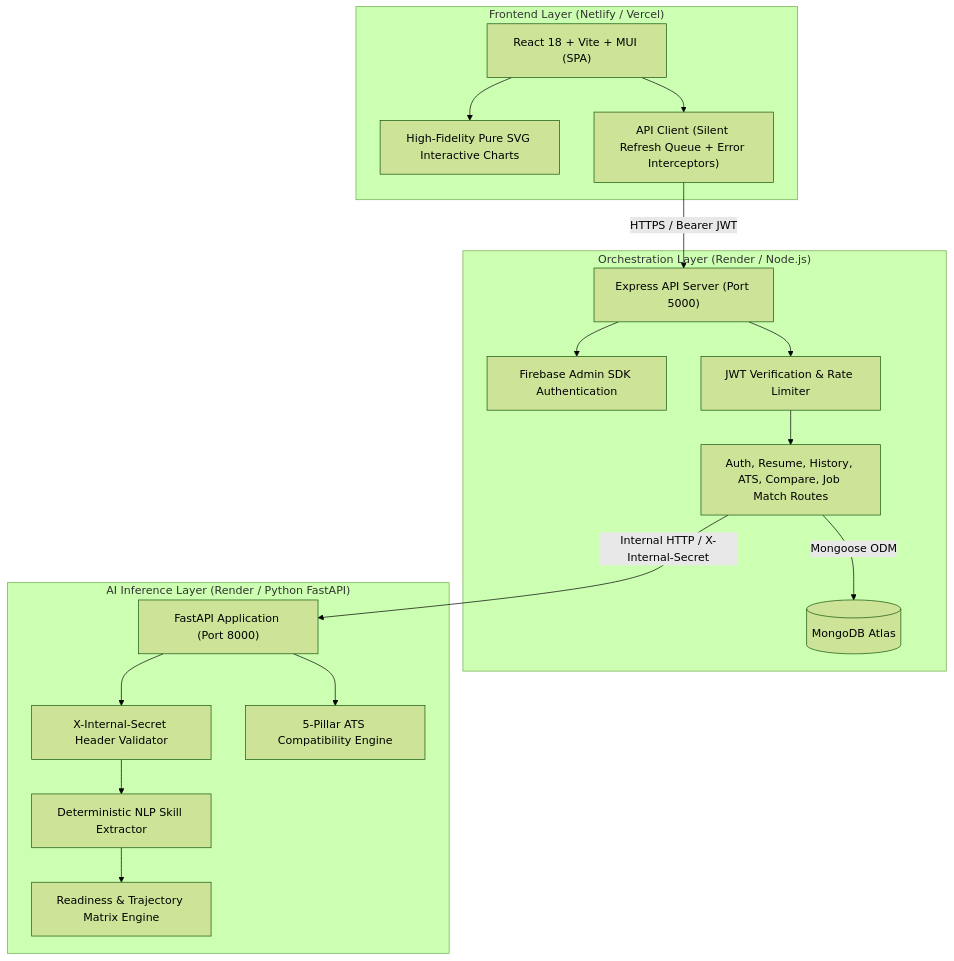
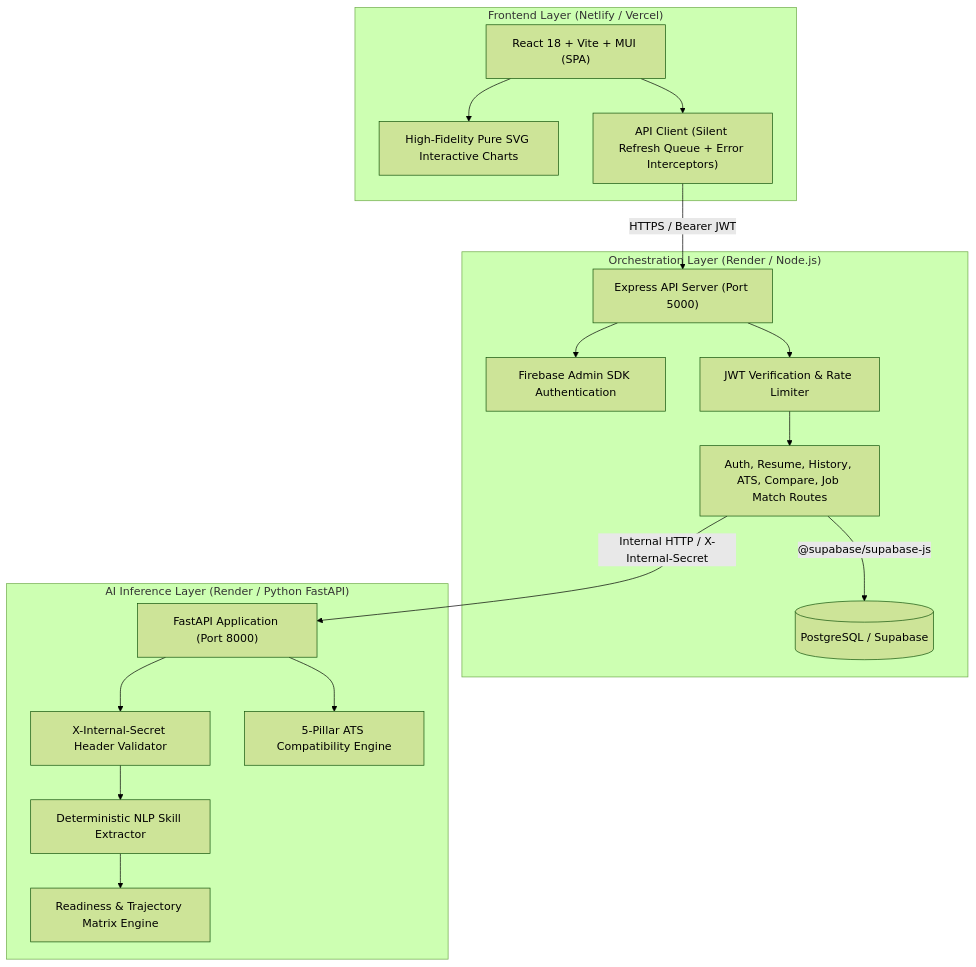
One commit to kirtan597/Futrix-Ai changed the first of 2 diagrams in README.md. Above: the diagram before and after it, drawn with Mermaid (forest theme). The commit also changed other lines of this file and 18 other files, not shown here.

Commit message:
feat: complete database migration to Supabase PostgreSQL, monochrome ATS & history visual upgrade

````diff
--- a/README.md
+++ b/README.md
@@ -37,37 +37,37 @@
 ```mermaid
 flowchart TD
     subgraph Client ["Frontend Layer (Netlify / Vercel)"]
         UI["React 18 + Vite + MUI (SPA)"]
         Charts["High-Fidelity Pure SVG Interactive Charts"]
         Axios["API Client (Silent Refresh Queue + Error Interceptors)"]
     end
 
     subgraph Gateway ["Orchestration Layer (Render / Node.js)"]
         NodeServer["Express API Server (Port 5000)"]
         FirebaseSDK["Firebase Admin SDK Authentication"]
         AuthMiddleware["JWT Verification & Rate Limiter"]
         UserRouter["Auth, Resume, History, ATS, Compare, Job Match Routes"]
-        MongoDB[("MongoDB Atlas")]
+        Postgres[("PostgreSQL / Supabase")]
     end
 
     subgraph Engine ["AI Inference Layer (Render / Python FastAPI)"]
         FastAPIServer["FastAPI Application (Port 8000)"]
         InternalAuth["X-Internal-Secret Header Validator"]
         NLP["Deterministic NLP Skill Extractor"]
         ATS["5-Pillar ATS Compatibility Engine"]
         Scorer["Readiness & Trajectory Matrix Engine"]
     end
 
     UI --> Charts
     UI --> Axios
     Axios -- "HTTPS / Bearer JWT" --> NodeServer
     NodeServer --> FirebaseSDK
     NodeServer --> AuthMiddleware
     AuthMiddleware --> UserRouter
-    UserRouter -- "Mongoose ODM" --> MongoDB
+    UserRouter -- "@supabase/supabase-js" --> Postgres
     UserRouter -- "Internal HTTP / X-Internal-Secret" --> FastAPIServer
     FastAPIServer --> InternalAuth
     InternalAuth --> NLP
     NLP --> Scorer
     FastAPIServer --> ATS
 ```
````
